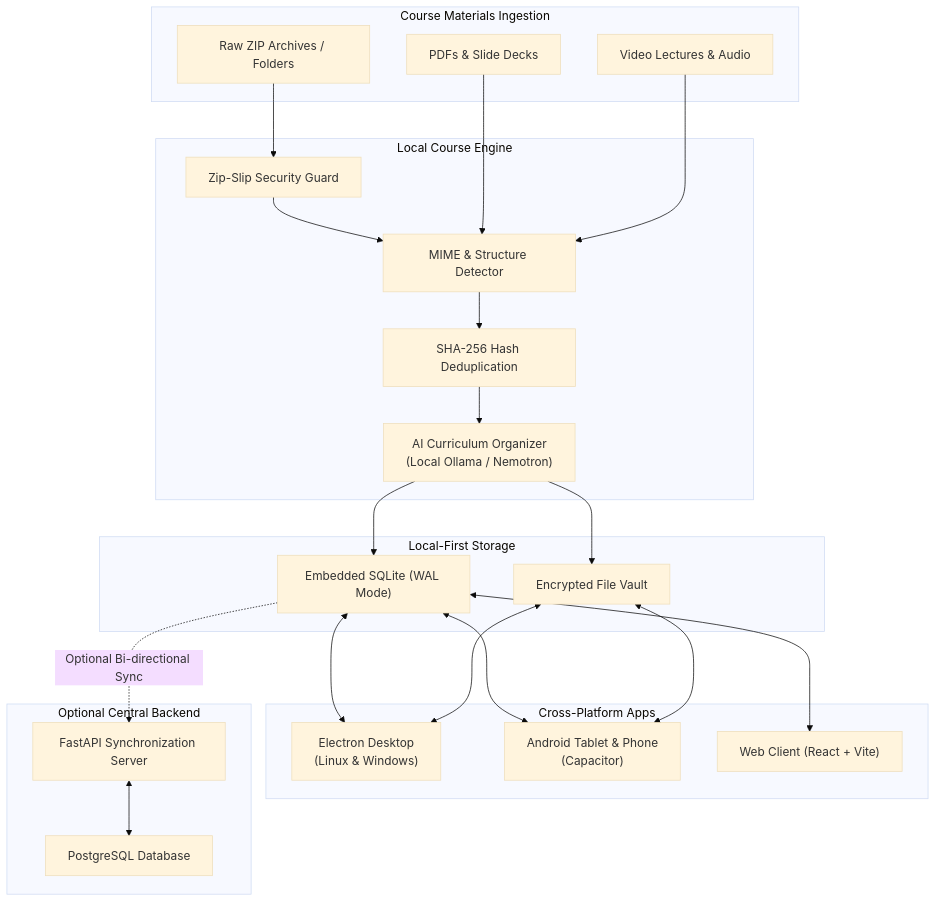
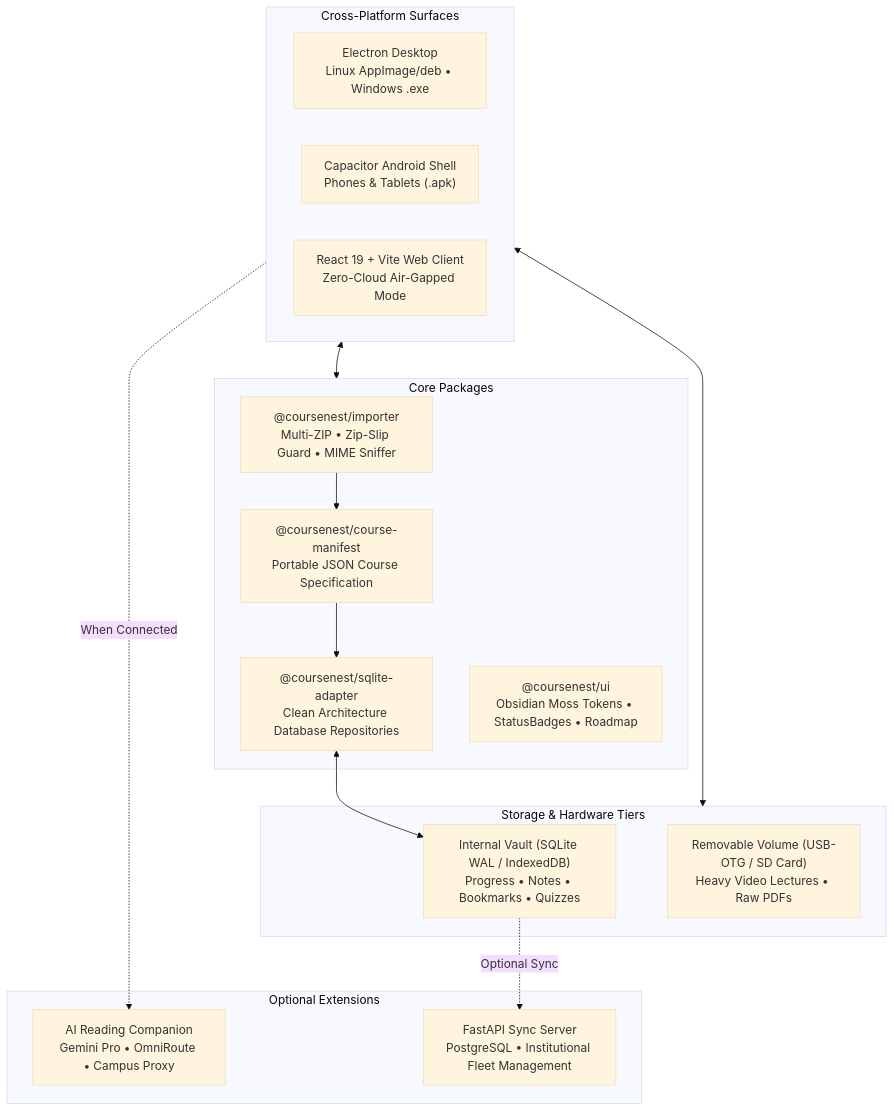
One commit to PixelApprentice/CourseNest changed the diagram in README.md. Above: the diagram before and after it, drawn with Mermaid (base theme). The commit also changed other lines of this file and 21 other files, not shown here.

````diff
--- a/README.md
+++ b/README.md
@@ -26,43 +97,32 @@
 ```mermaid
 flowchart TD
-    subgraph Inputs["Course Materials Ingestion"]
-        ZIP["Raw ZIP Archives / Folders"]
-        PDF["PDFs & Slide Decks"]
-        VID["Video Lectures & Audio"]
+    subgraph Storage["Storage & Hardware Tiers"]
+        INT["Internal Vault (SQLite WAL / IndexedDB)\nProgress • Notes • Bookmarks • Quizzes"]
+        EXT["Removable Volume (USB-OTG / SD Card)\nHeavy Video Lectures • Raw PDFs"]
     end
 
-    subgraph CoreEngine["Local Course Engine"]
-        SEC["Zip-Slip Security Guard"]
-        DEDUP["SHA-256 Hash Deduplication"]
-        DET["MIME & Structure Detector"]
-        AI["AI Curriculum Organizer\n(Local Ollama / Nemotron)"]
+    subgraph Core["Core Packages"]
+        IMP["@coursenest/importer\nMulti-ZIP • Zip-Slip Guard • MIME Sniffer"]
+        MAN["@coursenest/course-manifest\nPortable JSON Course Specification"]
+        SQL["@coursenest/sqlite-adapter\nClean Architecture Database Repositories"]
+        UI["@coursenest/ui\nObsidian Moss Tokens • StatusBadges • Roadmap"]
     end
 
-    subgraph Persistence["Local-First Storage"]
-        SQL["Embedded SQLite (WAL Mode)"]
-        FS["Encrypted File Vault"]
+    subgraph Platforms["Cross-Platform Surfaces"]
+        DESK["Electron Desktop\nLinux AppImage/deb • Windows .exe"]
+        ANDR["Capacitor Android Shell\nPhones & Tablets (.apk)"]
+        WEB["React 19 + Vite Web Client\nZero-Cloud Air-Gapped Mode"]
     end
 
-    subgraph Clients["Cross-Platform Apps"]
-        DESK["Electron Desktop\n(Linux & Windows)"]
-        ANDR["Android Tablet & Phone\n(Capacitor)"]
-        WEB["Web Client (React + Vite)"]
+    subgraph Optional["Optional Extensions"]
+        AI["AI Reading Companion\nGemini Pro • OmniRoute • Campus Proxy"]
+        SRV["FastAPI Sync Server\nPostgreSQL • Institutional Fleet Management"]
     end
 
-    subgraph SyncServer["Optional Central Backend"]
-        API["FastAPI Synchronization Server"]
-        PG["PostgreSQL Database"]
-    end
-
-    ZIP --> SEC --> DET --> DEDUP --> AI
-    PDF --> DET
-    VID --> DET
-    AI --> SQL
-    AI --> FS
-    SQL <--> DESK
-    FS <--> DESK
-    SQL <--> ANDR
-    FS <--> ANDR
-    SQL <--> WEB
-    SQL -.->|Optional Bi-directional Sync| API <--> PG
+    IMP --> MAN --> SQL
+    SQL <--> INT
+    Platforms <--> Core
+    Platforms <--> Storage
+    Platforms -.->|When Connected| AI
+    INT -.->|Optional Sync| SRV
 ```
````
